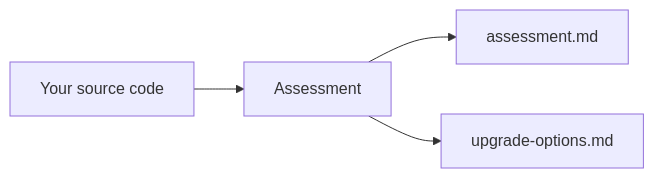
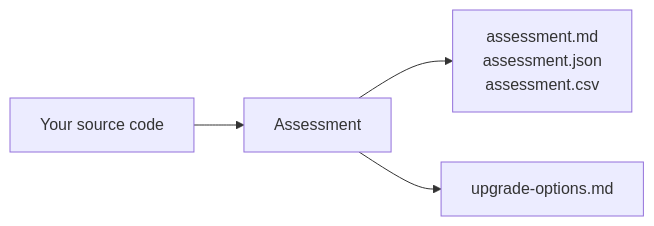
Before and after one commit to codemillmatt/dotnet-modernization-for-beginners: the diagram in 00-setup/README.md, drawn with Mermaid. The commit also changed other lines of this file and 56 other files, not shown here.

````diff
--- a/00-setup/README.md
+++ b/00-setup/README.md
@@ -155,6 +184,6 @@
 ```mermaid
 flowchart LR
     S["Your source code"] --> A["Assessment"]
-    A --> R["assessment.md"]
+    A --> R["assessment.md<br/>assessment.json<br/>assessment.csv"]
     A --> O["upgrade-options.md"]
 ```
````
